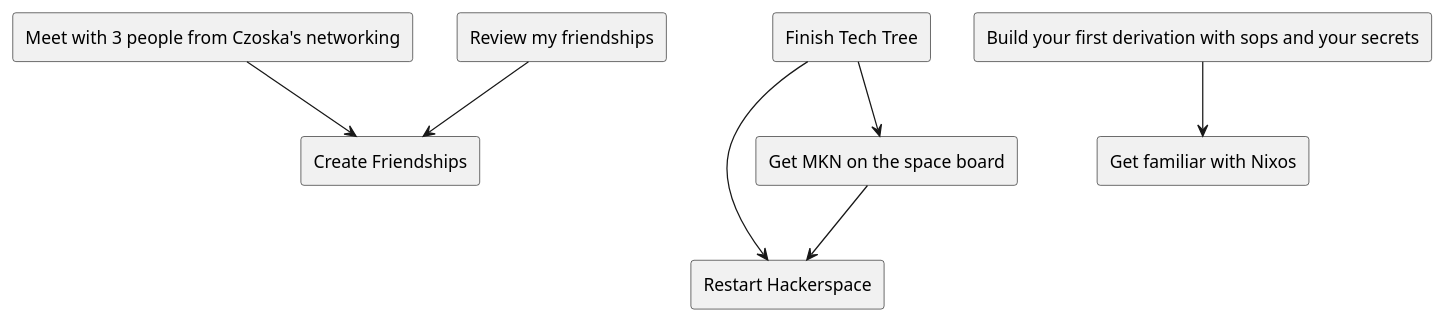
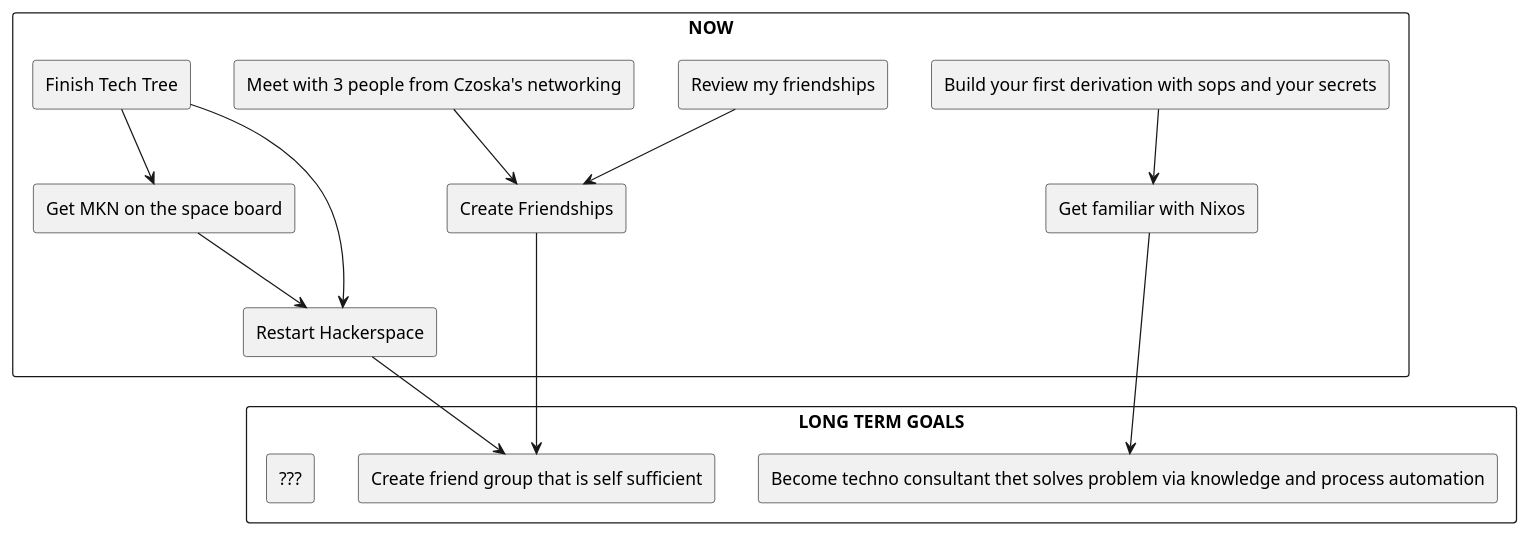
The diagram in public/The Root.md (oneacik/mindoo), drawn with PlantUML before and after one commit.

Commit message:
MINIMUM PLANT

````diff
--- a/public/The Root.md
+++ b/public/The Root.md
@@ -12,24 +12,40 @@
 ```plantuml
 skinparam defaultFontStyle bold
+top to bottom direction
 
-rectangle "Create Friendships" as B
-rectangle "Meet with 3 people from Czoska's networking" as B1
-rectangle "Review my friendships" as B2
+rectangle "LONG TERM GOALS" {
+    rectangle "Create friend group that is self sufficient" as M1
+    rectangle "Become techno consultant thet solves problem via knowledge and process automation" as M2
+    rectangle "???" as M3
 
-B1 --> B
-B2 --> B
+}
 
-rectangle "Restart Hackerspace" as A
-rectangle "Finish Tech Tree" as A1
-rectangle "Get MKN on the space board" as A2
+
+
+rectangle "NOW" {
+    rectangle "Create Friendships" as B
+    rectangle "Meet with 3 people from Czoska's networking" as B1
+    rectangle "Review my friendships" as B2
+    
+    
+    rectangle "Restart Hackerspace" as A
+    rectangle "Finish Tech Tree" as A1
+    rectangle "Get MKN on the space board" as A2
+    
+    
+    rectangle "Get familiar with Nixos" as C
+    rectangle "Build your first derivation with sops and your secrets" as C1
+}
 
 A1 --> A
 A1 --> A2
 A2 --> A
-
-rectangle "Get familiar with Nixos" as C
-rectangle "Build your first derivation with sops and your secrets" as C1
-
+B1 --> B
+B2 --> B
 C1 --> C
 
+B --> M1
+A --> M1
+C --> M2
+
 ```
````
